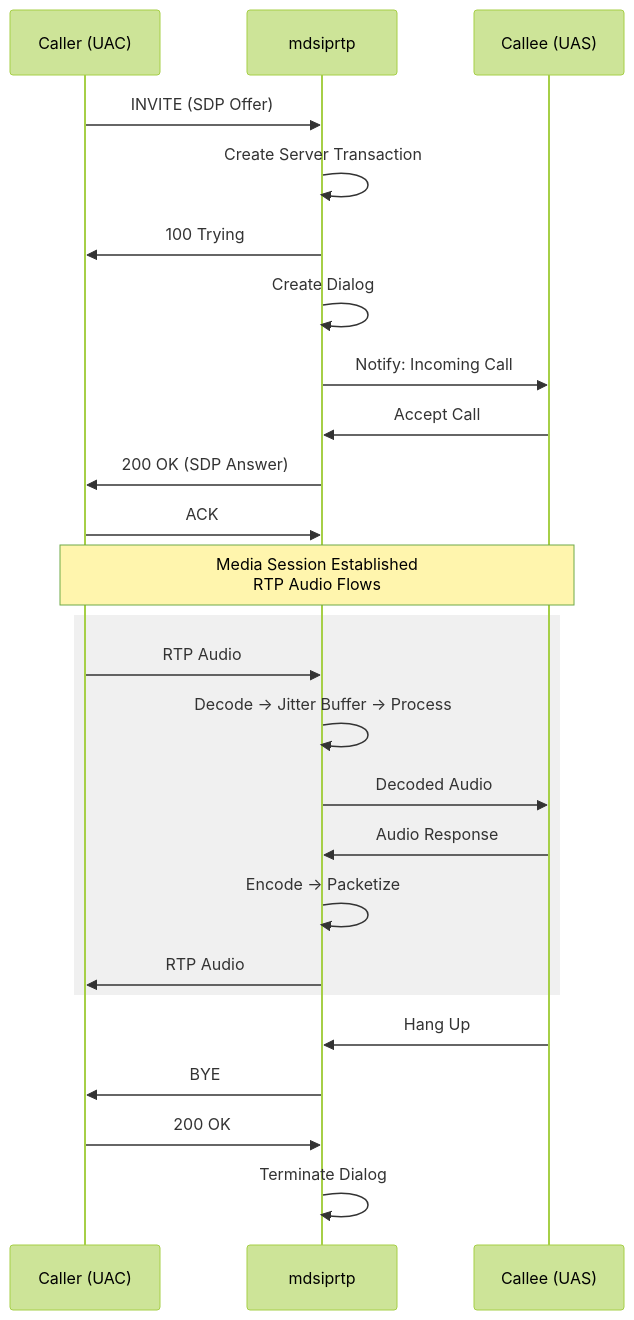
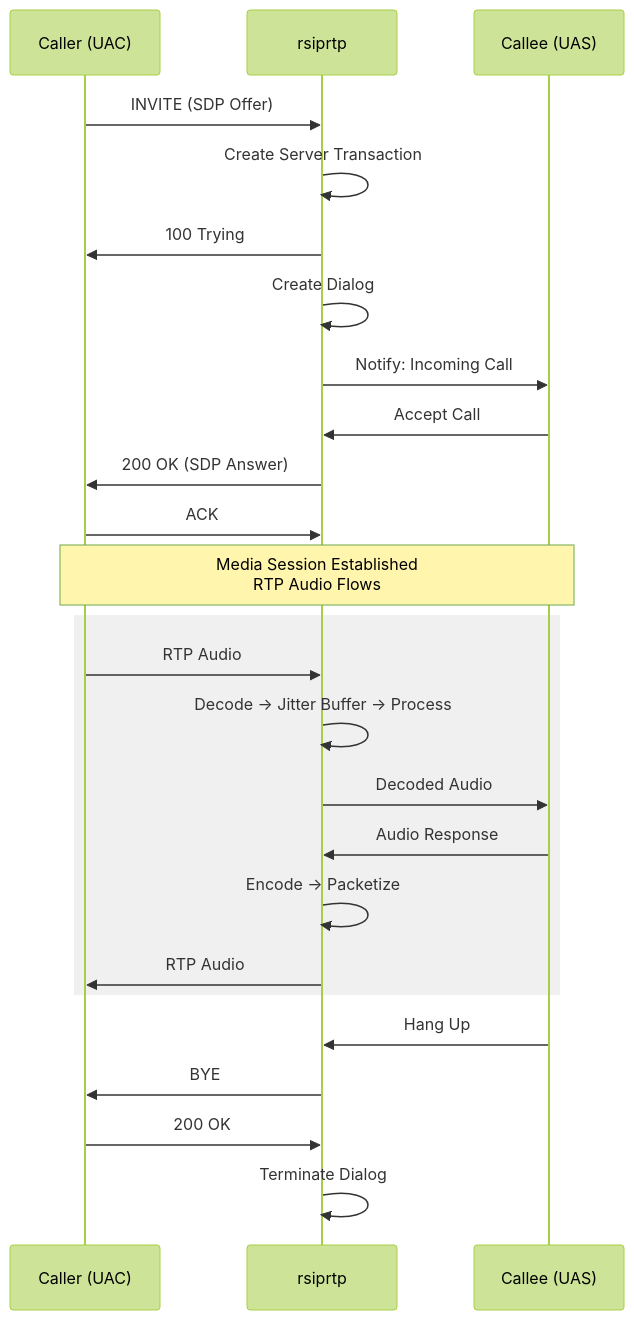
One commit to 0x4D44/rsiprtp changed the third of 5 diagrams in README.md. Above: the diagram before and after it, drawn with Mermaid (forest theme). The commit also changed other lines of this file and 209 other files, not shown here.

First line of the commit message:
Rename mdsiprtp to rsiprtp across workspace

````diff
--- a/README.md
+++ b/README.md
@@ -122,34 +122,34 @@
 ```mermaid
 sequenceDiagram
     participant Caller as Caller (UAC)
-    participant Stack as mdsiprtp
+    participant Stack as rsiprtp
     participant Callee as Callee (UAS)
 
     Caller->>Stack: INVITE (SDP Offer)
     Stack->>Stack: Create Server Transaction
     Stack->>Caller: 100 Trying
     Stack->>Stack: Create Dialog
 
     Stack->>Callee: Notify: Incoming Call
     Callee->>Stack: Accept Call
 
     Stack->>Caller: 200 OK (SDP Answer)
     Caller->>Stack: ACK
 
     Note over Caller,Callee: Media Session Established<br/>RTP Audio Flows
 
     rect rgb(240, 240, 240)
         Caller->>Stack: RTP Audio
         Stack->>Stack: Decode → Jitter Buffer → Process
         Stack->>Callee: Decoded Audio
 
         Callee->>Stack: Audio Response
         Stack->>Stack: Encode → Packetize
         Stack->>Caller: RTP Audio
     end
 
     Callee->>Stack: Hang Up
     Stack->>Caller: BYE
     Caller->>Stack: 200 OK
     Stack->>Stack: Terminate Dialog
 ```
````
